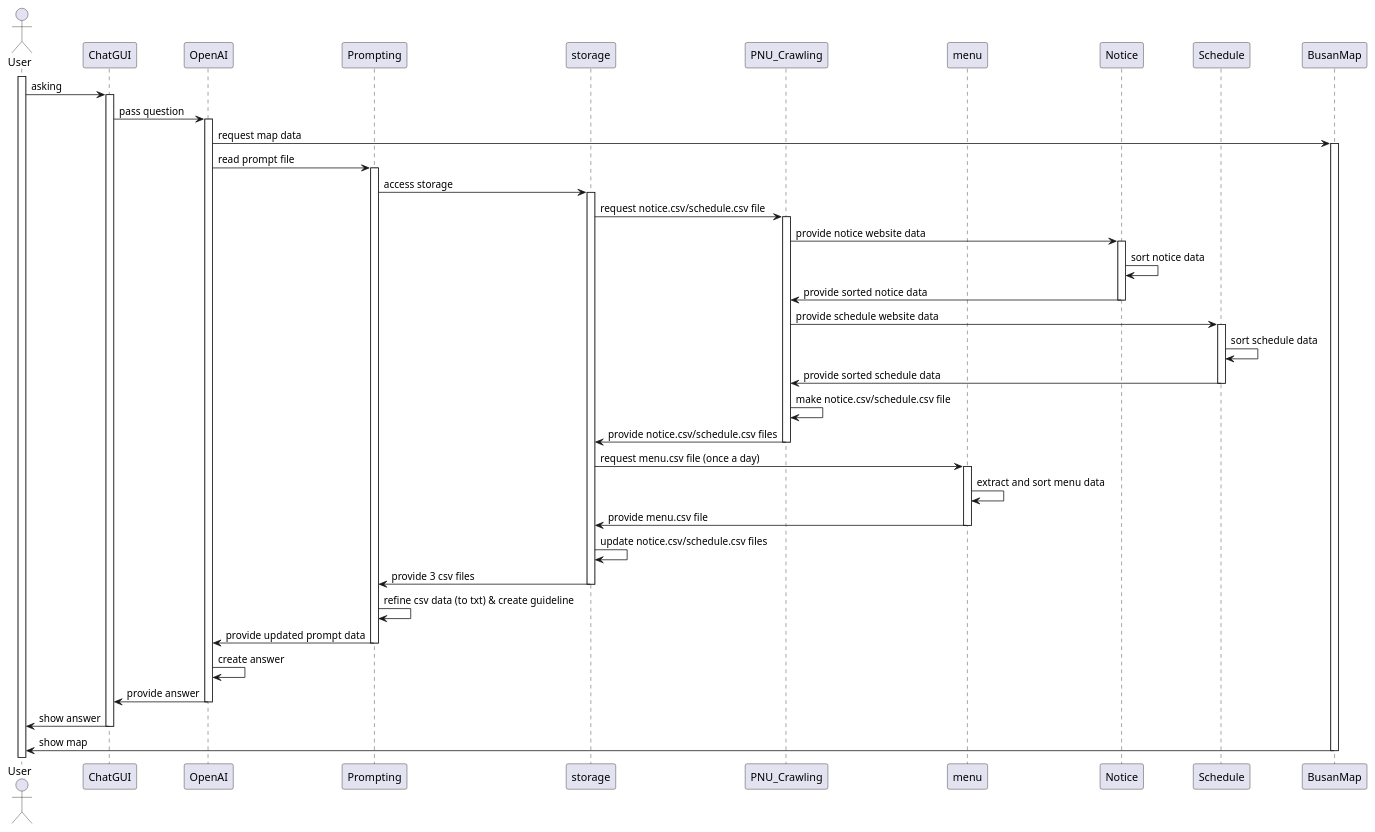
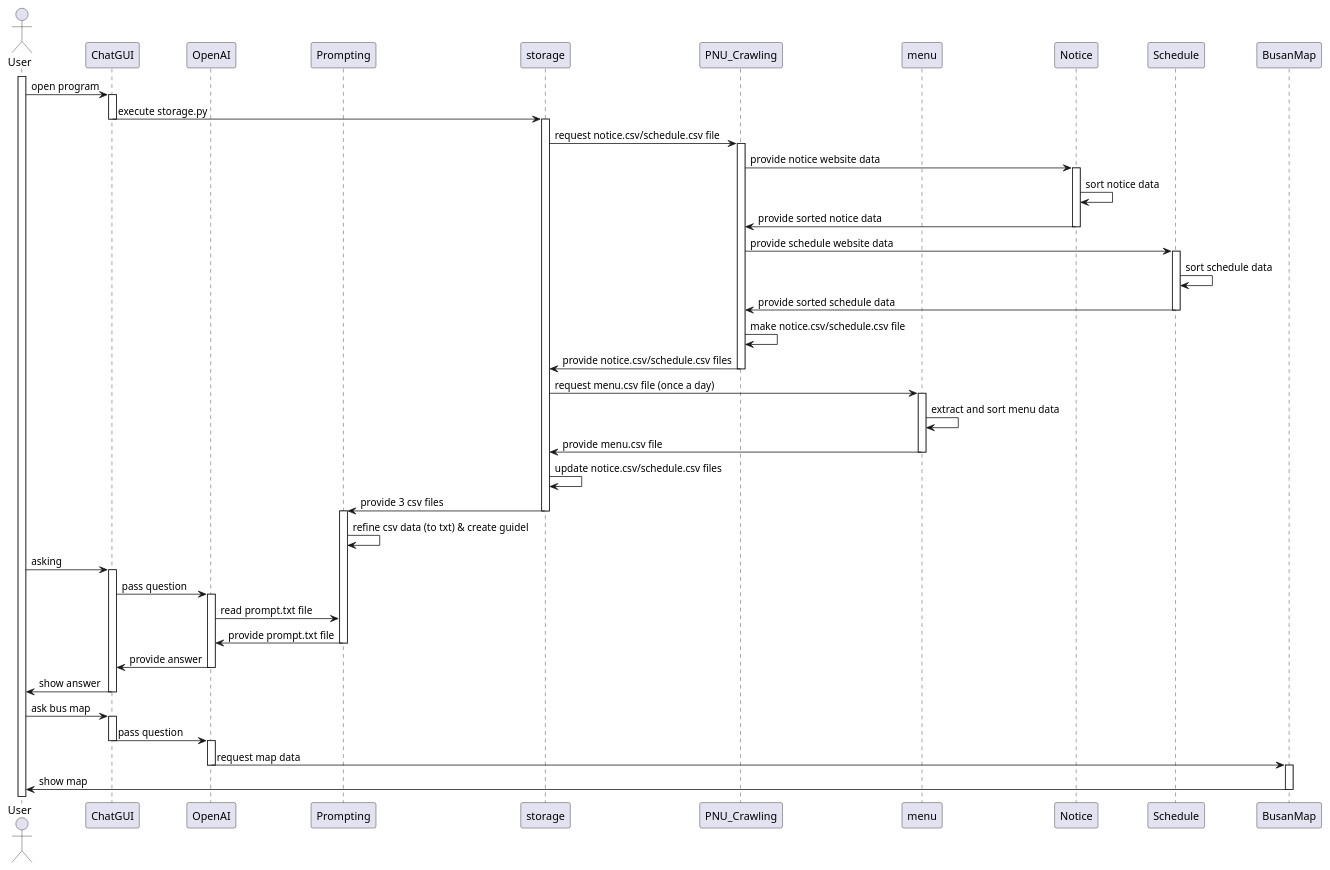
One commit to pythondatascience/main changed the diagram in seq_diagram_최종본.puml. Above: the diagram before and after it, drawn with PlantUML.

Commit message:
찐막

```diff
--- a/seq_diagram_최종본.puml
+++ b/seq_diagram_최종본.puml
@@ -1,68 +1,82 @@
 @startuml
 
 actor User
 participant ChatGUI
 participant OpenAI
 participant Prompting
 participant storage
 participant PNU_Crawling
 participant menu
 participant Notice
 participant Schedule
 participant BusanMap
 
 
 activate User
-User -> ChatGUI : asking
+User -> ChatGUI : open program
 activate ChatGUI
-ChatGUI -> OpenAI : pass question
-activate OpenAI
-OpenAI -> BusanMap : request map data
-activate BusanMap
-OpenAI -> Prompting : read prompt file
-activate Prompting
-Prompting -> storage : access storage
+ChatGUI -> storage : execute storage.py
+deactivate ChatGUI
 activate storage
 storage -> PNU_Crawling : request notice.csv/schedule.csv file
 activate PNU_Crawling
+
+
+
 
 
 PNU_Crawling -> Notice : provide notice website data
 activate Notice
 Notice -> Notice : sort notice data
 Notice-> PNU_Crawling : provide sorted notice data 
 deactivate Notice 
 
 PNU_Crawling -> Schedule : provide schedule website data
 activate Schedule
 Schedule -> Schedule : sort schedule data
 Schedule -> PNU_Crawling : provide sorted schedule data
 deactivate Schedule
 PNU_Crawling -> PNU_Crawling : make notice.csv/schedule.csv file
 PNU_Crawling -> storage : provide notice.csv/schedule.csv files
 deactivate PNU_Crawling
 
 storage -> menu : request menu.csv file (once a day)
 activate menu
 menu -> menu : extract and sort menu data
 menu -> storage : provide menu.csv file 
 deactivate menu 
 storage -> storage : update notice.csv/schedule.csv files
+storage -> Prompting : provide 3 csv files
+deactivate storage
+activate Prompting
+deactivate storage 
+Prompting -> Prompting : refine csv data (to txt) & create guidel
 
 
-storage -> Prompting : provide 3 csv files
-deactivate storage
-Prompting -> Prompting : refine csv data (to txt) & create guideline
-Prompting -> OpenAI : provide updated prompt data
+
+User -> ChatGUI : asking
+activate ChatGUI
+ChatGUI -> OpenAI : pass question
+activate OpenAI
+OpenAI -> Prompting : read prompt.txt file
+Prompting -> OpenAI : provide prompt.txt file
 deactivate Prompting
-OpenAI -> OpenAI : create answer
 OpenAI -> ChatGUI : provide answer
 deactivate OpenAI
 ChatGUI -> User : show answer
 deactivate ChatGUI
+User -> ChatGUI : ask bus map
+activate ChatGUI 
+ChatGUI -> OpenAI : pass question
+deactivate ChatGUI
+activate OpenAI
+OpenAI -> BusanMap : request map data
+deactivate OpenAI
+activate BusanMap
 BusanMap -> User : show map
 deactivate BusanMap
-deactivate OpenAI
+
+
 
 
 @enduml
```
